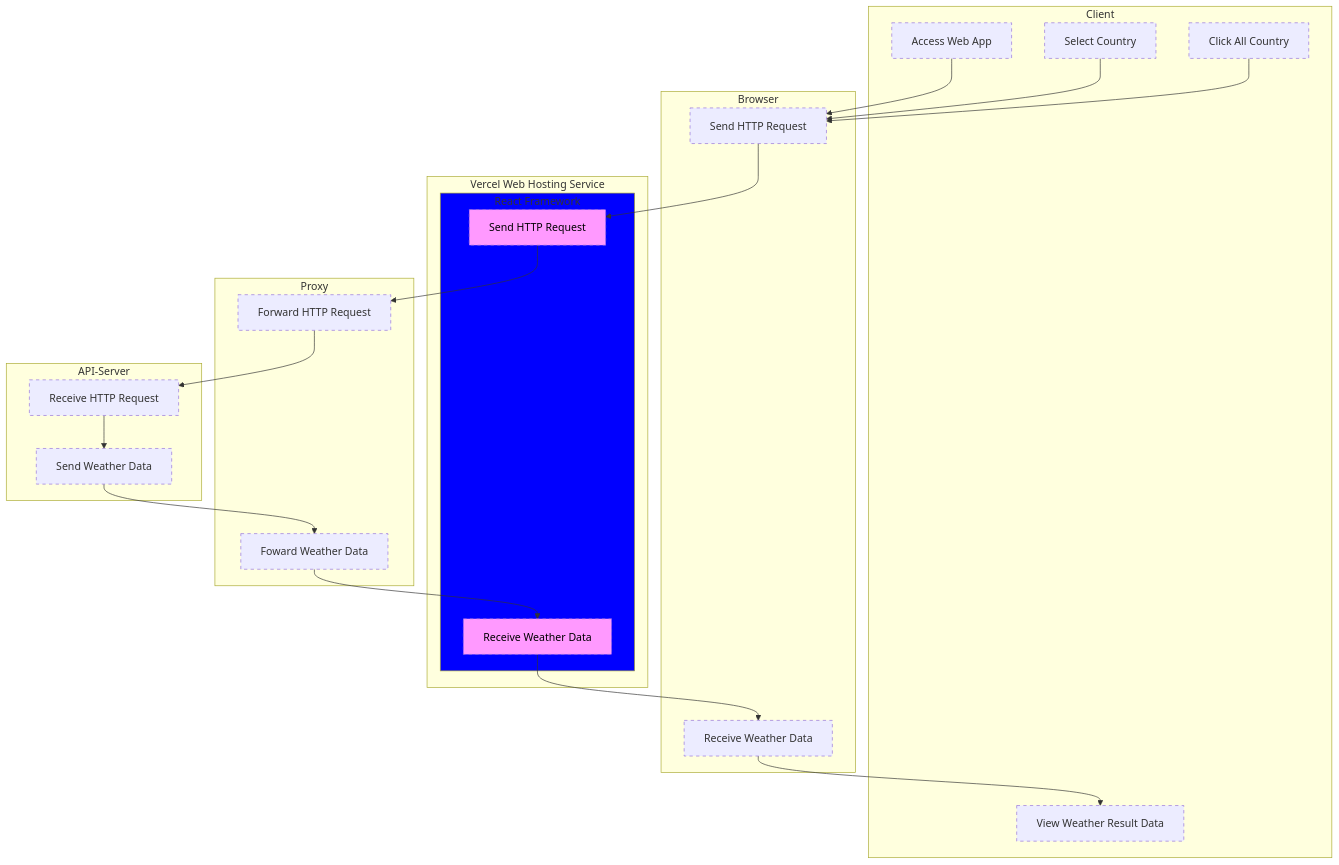
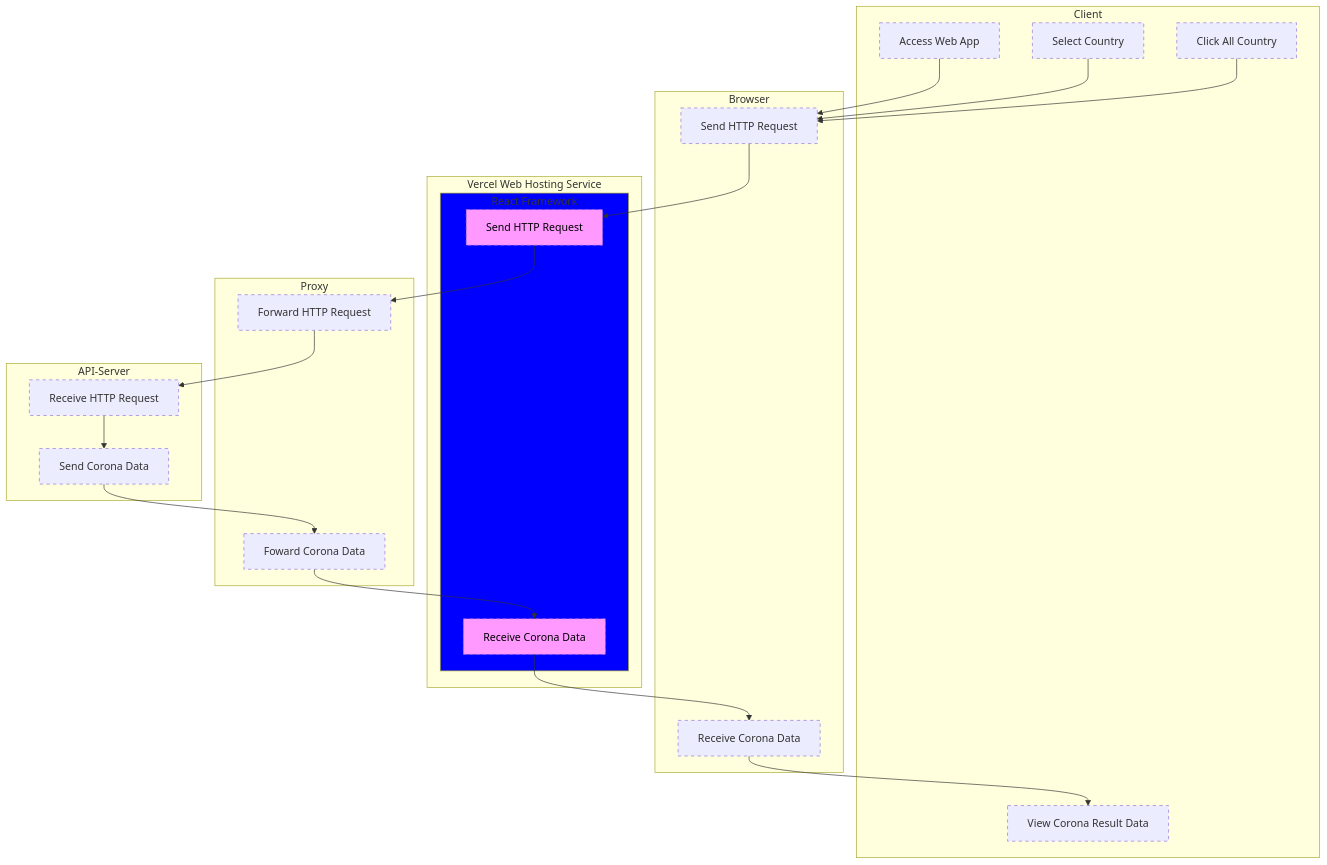
The diagram in README.md (darazux/react-corona-tracker-app), drawn with Mermaid before and after one commit.

Commit message:
* fix replaceing weather by corona.

````diff
--- a/README.md
+++ b/README.md
@@ -10,45 +10,45 @@
 ```mermaid
    flowchart TB
    style fw1 fill:#f9f,color:#000,stroke-dasharray: 5 5
    style fw2 fill:#f9f,color:#000,stroke-dasharray: 5 5
    style c0 stroke-dasharray: 5 5
    style c1 stroke-dasharray: 5 5
    style c2 stroke-dasharray: 5 5
    style c4 stroke-dasharray: 5 5
    style b1 stroke-dasharray: 5 5
    style b2 stroke-dasharray: 5 5
    style p1 stroke-dasharray: 5 5
    style p2 stroke-dasharray: 5 5
    style s1 stroke-dasharray: 5 5
    style s2 stroke-dasharray: 5 5
    style react fill:#00f
 
    c0-->b1-->fw1-->p1-->s1
    c1-->b1
    c2-->b1
    s2-->p2-->fw2-->b2-->c4
    subgraph Client
        c0[Access Web App]
        c1[Select Country]
        c2[Click All Country]
-       c4[View Weather Result Data]
+       c4[View Corona Result Data]
    end
    subgraph Browser
        b1[Send HTTP Request]
-       b2[Receive Weather Data]
+       b2[Receive Corona Data]
    end
    subgraph react [React Framework]
        fw1[Send HTTP Request]
-       fw2[Receive Weather Data]
+       fw2[Receive Corona Data]
    end
    subgraph vercel [Vercel Web Hosting Service]
        react
    end
    subgraph Proxy
        p1[Forward HTTP Request]
-       p2[Foward Weather Data]
+       p2[Foward Corona Data]
    end
    subgraph API-Server
-       s1[Receive HTTP Request]-->s2[Send Weather Data]
+       s1[Receive HTTP Request]-->s2[Send Corona Data]
    end
 ```
````
